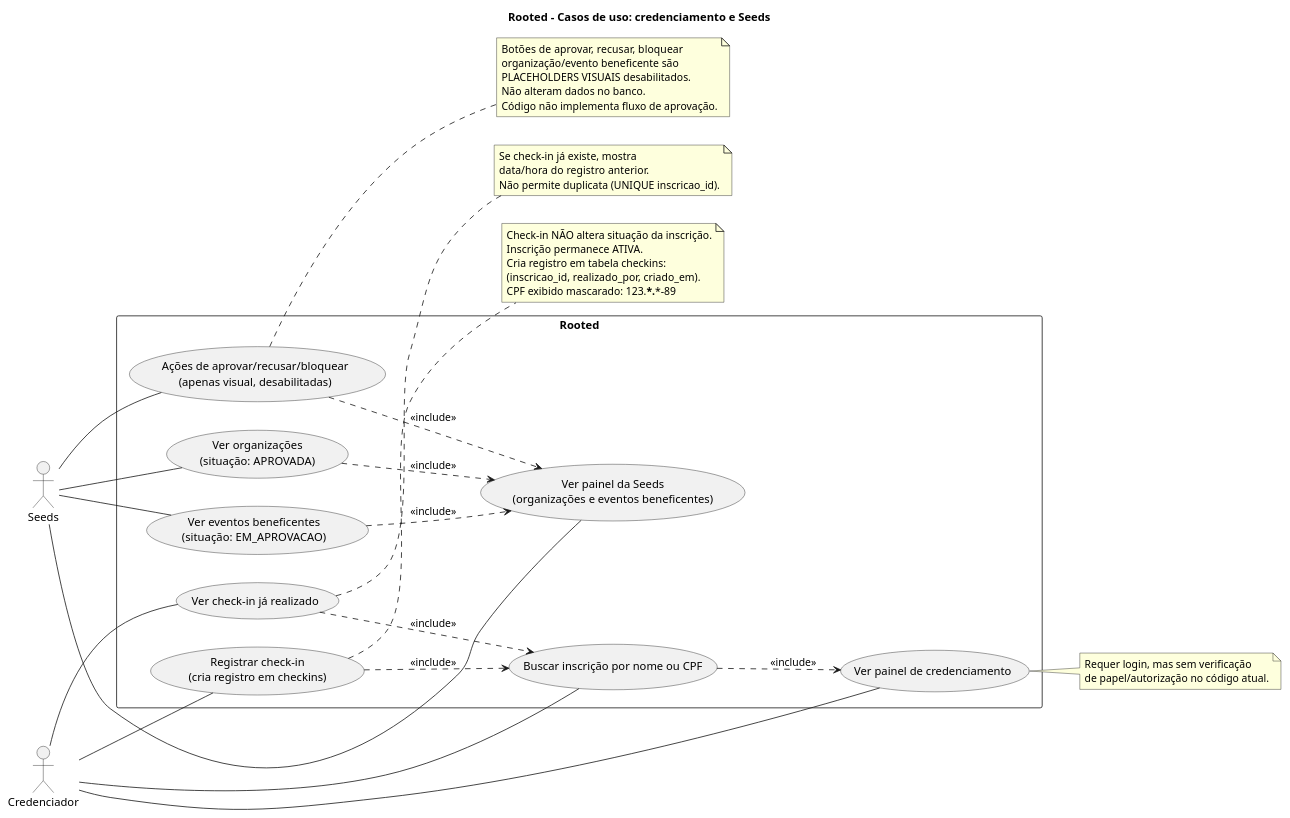
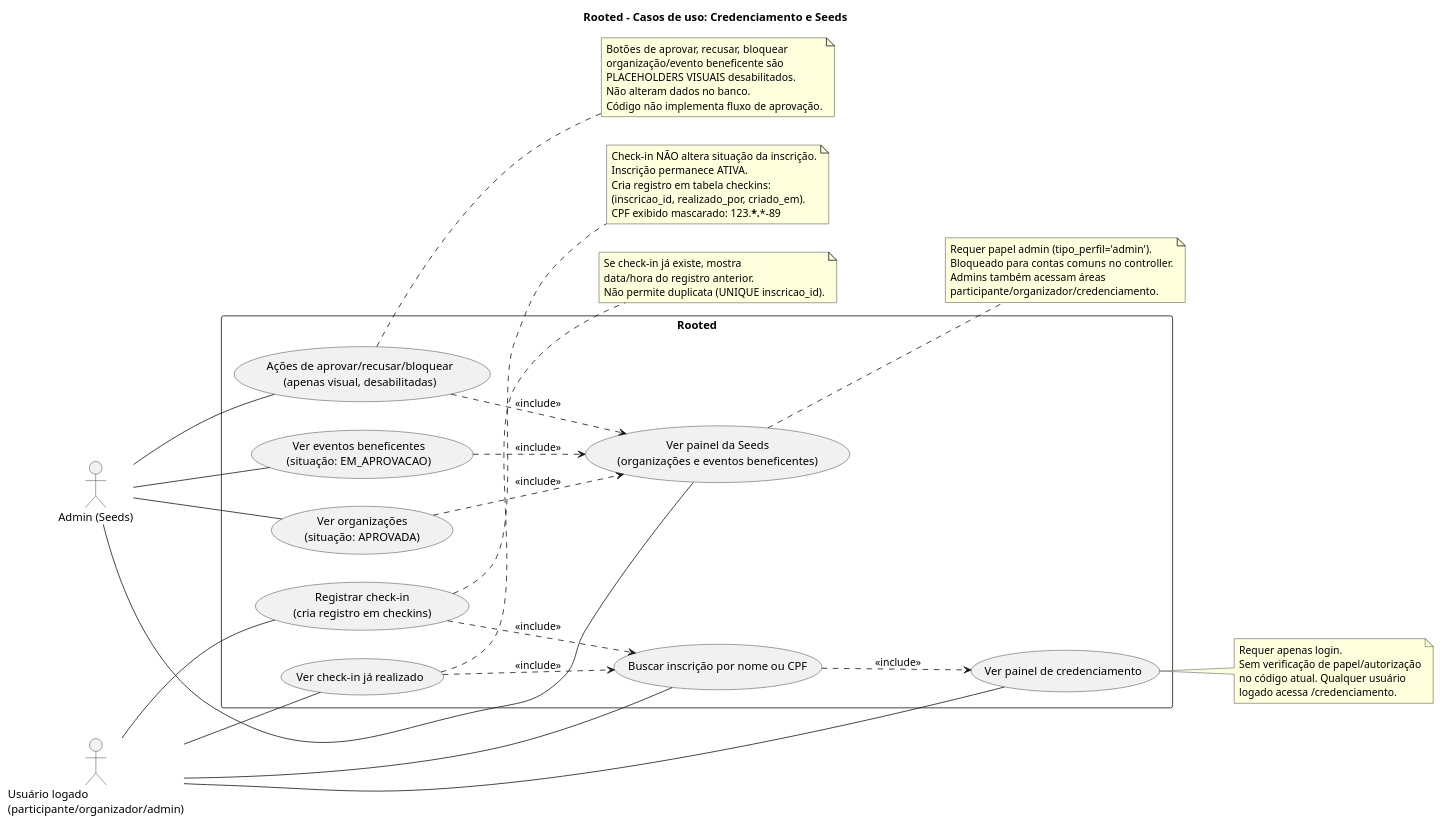
The diagram in docs/diagramas/scripts/03-casos-de-uso-credenciamento-e-seeds.puml (paulothaylam/rooted-projeto), drawn with PlantUML before and after one commit. The commit also changed 39 other files, not shown here.

Commit message:
Atualizando diagramas

```diff
--- a/docs/diagramas/scripts/03-casos-de-uso-credenciamento-e-seeds.puml
+++ b/docs/diagramas/scripts/03-casos-de-uso-credenciamento-e-seeds.puml
@@ -1,65 +1,74 @@
 @startuml
-title Rooted – Casos de uso: credenciamento e Seeds
+title Rooted – Casos de uso: Credenciamento e Seeds
 left to right direction
 
-actor "Credenciador" as Credenciador
-actor "Seeds" as Seeds
+actor "Usuário logado\n(participante/organizador/admin)" as Credenciador
+actor "Admin (Seeds)" as Seeds
 
 rectangle "Rooted" {
   usecase "Ver painel de credenciamento" as UC01
   usecase "Buscar inscrição por nome ou CPF" as UC02
   usecase "Registrar check-in\n(cria registro em checkins)" as UC03
   usecase "Ver check-in já realizado" as UC04
 
   usecase "Ver painel da Seeds\n(organizações e eventos beneficentes)" as UC05
   usecase "Ver organizações\n(situação: APROVADA)" as UC06
   usecase "Ver eventos beneficentes\n(situação: EM_APROVACAO)" as UC07
   usecase "Ações de aprovar/recusar/bloquear\n(apenas visual, desabilitadas)" as UC08
 }
 
 Credenciador -- UC01
 Credenciador -- UC02
 Credenciador -- UC03
 Credenciador -- UC04
 
 Seeds -- UC05
 Seeds -- UC06
 Seeds -- UC07
 Seeds -- UC08
 
 UC02 ..> UC01 : <<include>>
 UC03 ..> UC02 : <<include>>
 UC04 ..> UC02 : <<include>>
 
 UC06 ..> UC05 : <<include>>
 UC07 ..> UC05 : <<include>>
 UC08 ..> UC05 : <<include>>
 
 note right of UC03
   Check-in NÃO altera situação da inscrição.
   Inscrição permanece ATIVA.
   Cria registro em tabela checkins:
   (inscricao_id, realizado_por, criado_em).
   CPF exibido mascarado: 123.***.***-89
 end note
 
 note right of UC04
   Se check-in já existe, mostra
   data/hora do registro anterior.
   Não permite duplicata (UNIQUE inscricao_id).
 end note
 
 note right of UC08
   Botões de aprovar, recusar, bloquear
   organização/evento beneficente são
   PLACEHOLDERS VISUAIS desabilitados.
   Não alteram dados no banco.
   Código não implementa fluxo de aprovação.
 end note
 
 note right of UC01
-  Requer login, mas sem verificação
-  de papel/autorização no código atual.
+  Requer apenas login.
+  Sem verificação de papel/autorização
+  no código atual. Qualquer usuário
+  logado acessa /credenciamento.
+end note
+
+note right of UC05
+  Requer papel admin (tipo_perfil='admin').
+  Bloqueado para contas comuns no controller.
+  Admins também acessam áreas
+  participante/organizador/credenciamento.
 end note
 
 @enduml
```
